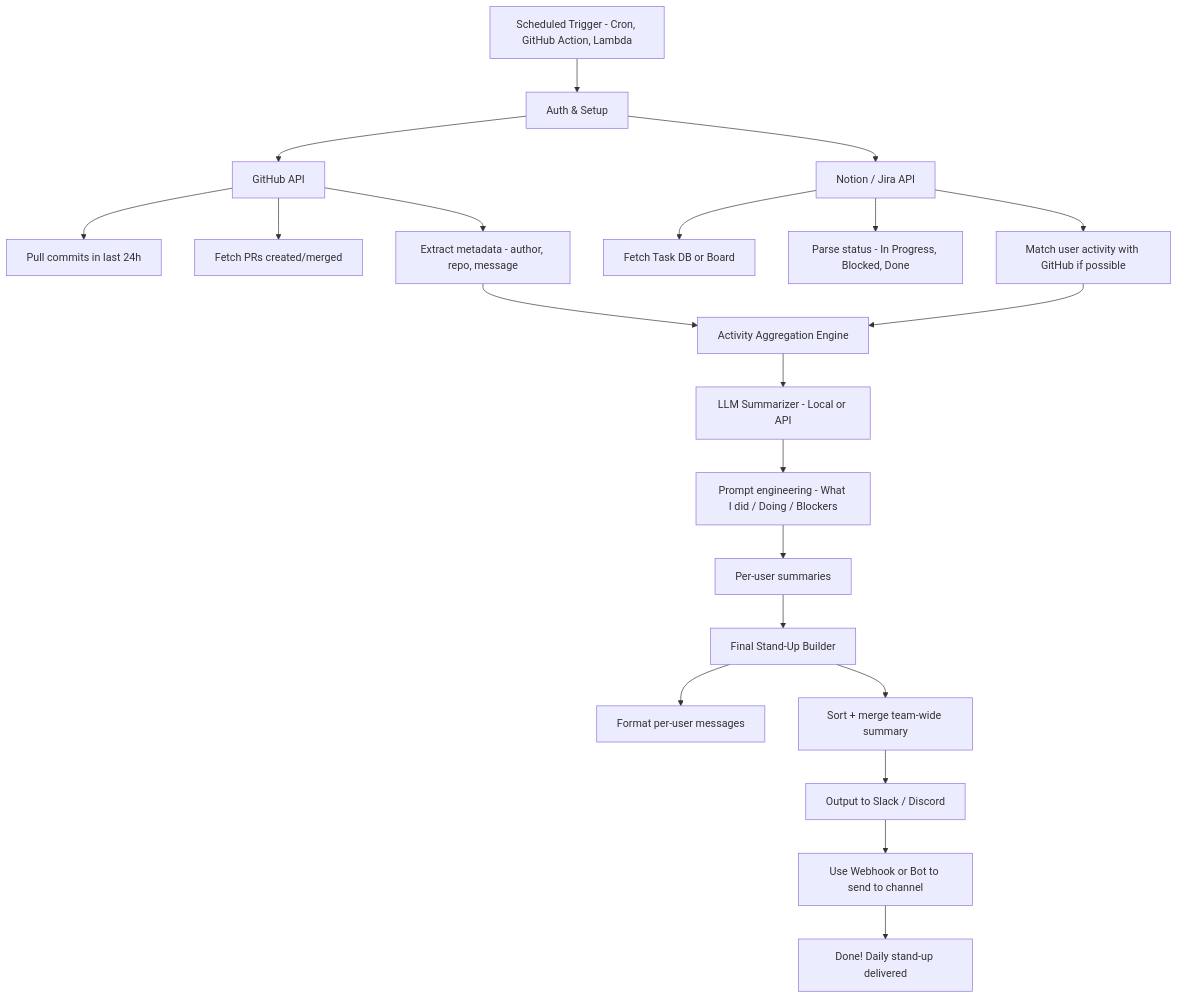
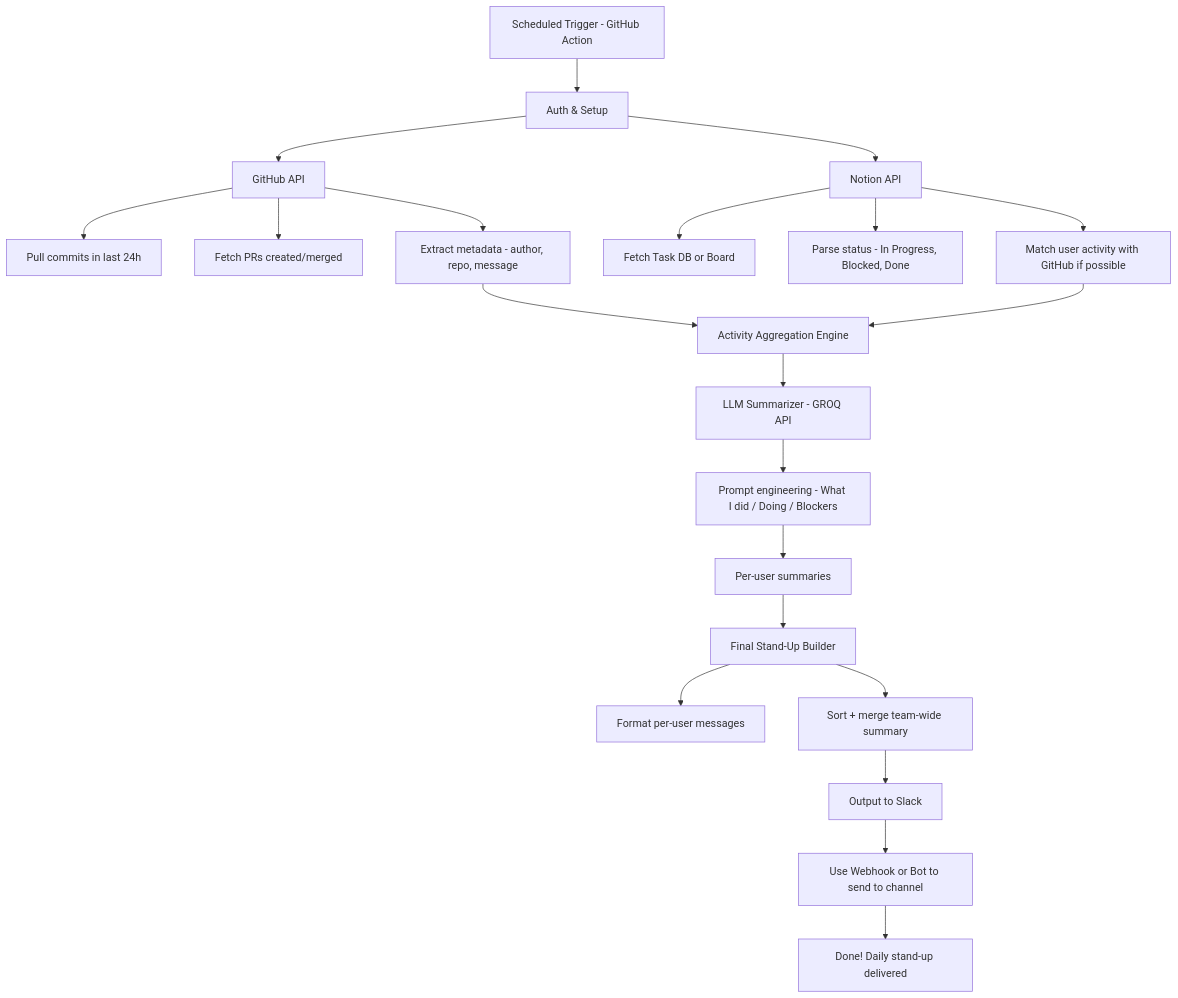
The diagram in README.md (emanalytic/AutoStand-UP-Agent), drawn with Mermaid before and after one commit. The commit also changed other lines of this file, not shown here.

````diff
--- a/README.md
+++ b/README.md
@@ -3,30 +18,30 @@
 ```mermaid
 flowchart TD
-    A[Scheduled Trigger - Cron, GitHub Action, Lambda] --> B[Auth & Setup]
+    A[Scheduled Trigger - GitHub Action] --> B[Auth & Setup]
     
     B --> C[GitHub API]
     C --> C1[Pull commits in last 24h]
     C --> C2[Fetch PRs created/merged]
     C --> C3[Extract metadata - author, repo, message]
 
-    B --> D[Notion / Jira API]
+    B --> D[Notion  API]
     D --> D1[Fetch Task DB or Board]
     D --> D2[Parse status - In Progress, Blocked, Done]
     D --> D3[Match user activity with GitHub if possible]
 
     C3 --> E[Activity Aggregation Engine]
     D3 --> E
 
-    E --> F[LLM Summarizer - Local or API]
+    E --> F[LLM Summarizer - GROQ API]
     F --> F1[Prompt engineering - What I did / Doing / Blockers]
     F1 --> G[Per-user summaries]
 
     G --> H[Final Stand-Up Builder]
     H --> H1[Format per-user messages]
     H --> H2[Sort + merge team-wide summary]
 
-    H2 --> I[Output to Slack / Discord]
+    H2 --> I[Output to Slack ]
     I --> I1[Use Webhook or Bot to send to channel]
 
     I1 --> Z[Done! Daily stand-up delivered]
 ```
````
